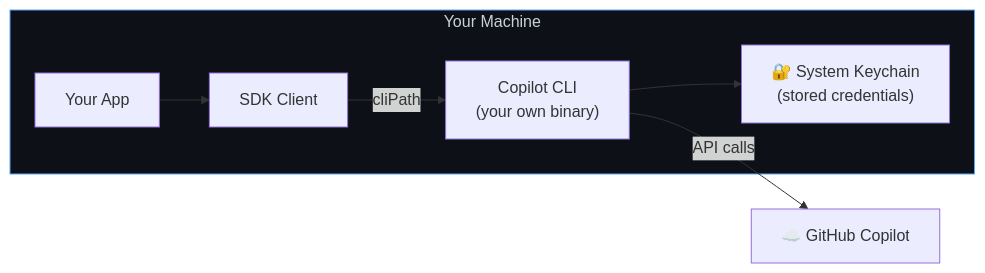
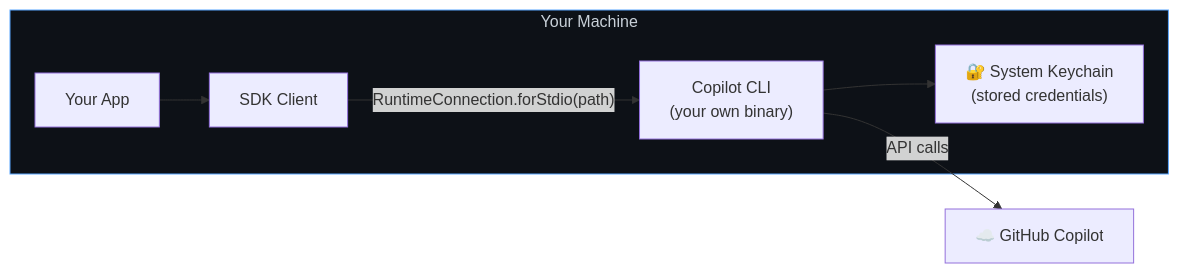
Before and after one commit to github/copilot-sdk: the diagram in docs/setup/local-cli.md, drawn with Mermaid. The commit also changed other lines of this file and 830 other files, not shown here.

Commit message:
Update SDK snapshot for Copilot CLI 1.0.106-1

````diff
--- a/docs/setup/local-cli.md
+++ b/docs/setup/local-cli.md
@@ -11,11 +11,11 @@
 ```mermaid
 flowchart LR
     subgraph YourMachine["Your Machine"]
         App["Your App"] --> SDK["SDK Client"]
-        SDK -- "cliPath" --> CLI["Copilot CLI<br/>(your own binary)"]
+        SDK -- "RuntimeConnection.forStdio(path)" --> CLI["Copilot CLI<br/>(your own binary)"]
         CLI --> Keychain["🔐 System Keychain<br/>(stored credentials)"]
     end
     CLI -- "API calls" --> Copilot["☁️ GitHub Copilot"]
 
     style YourMachine fill:#0d1117,stroke:#58a6ff,color:#c9d1d9
 ```
````
